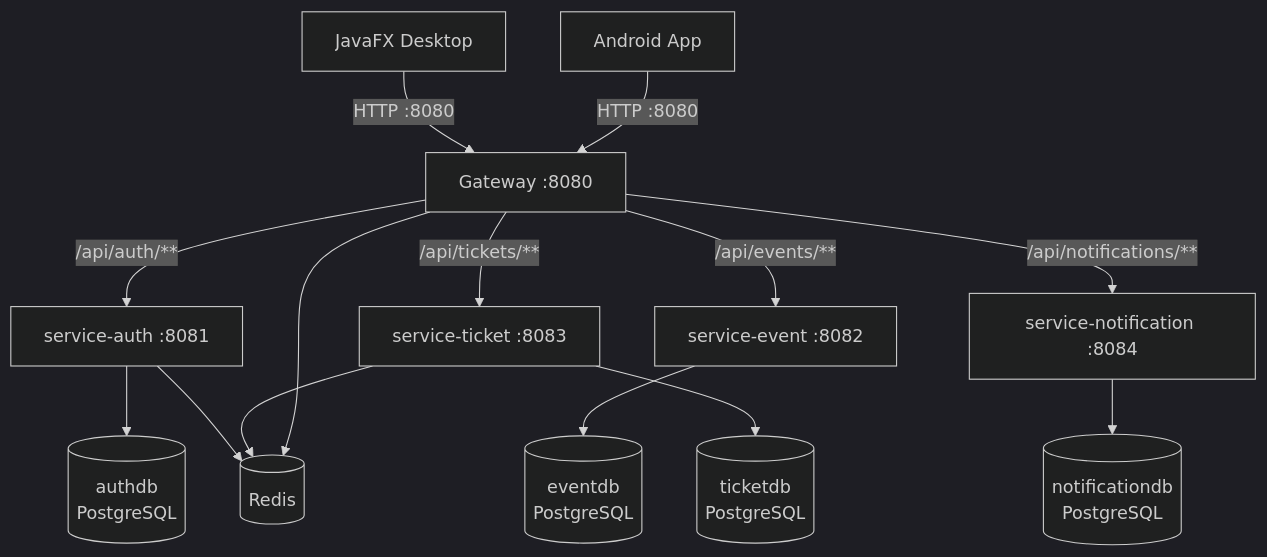
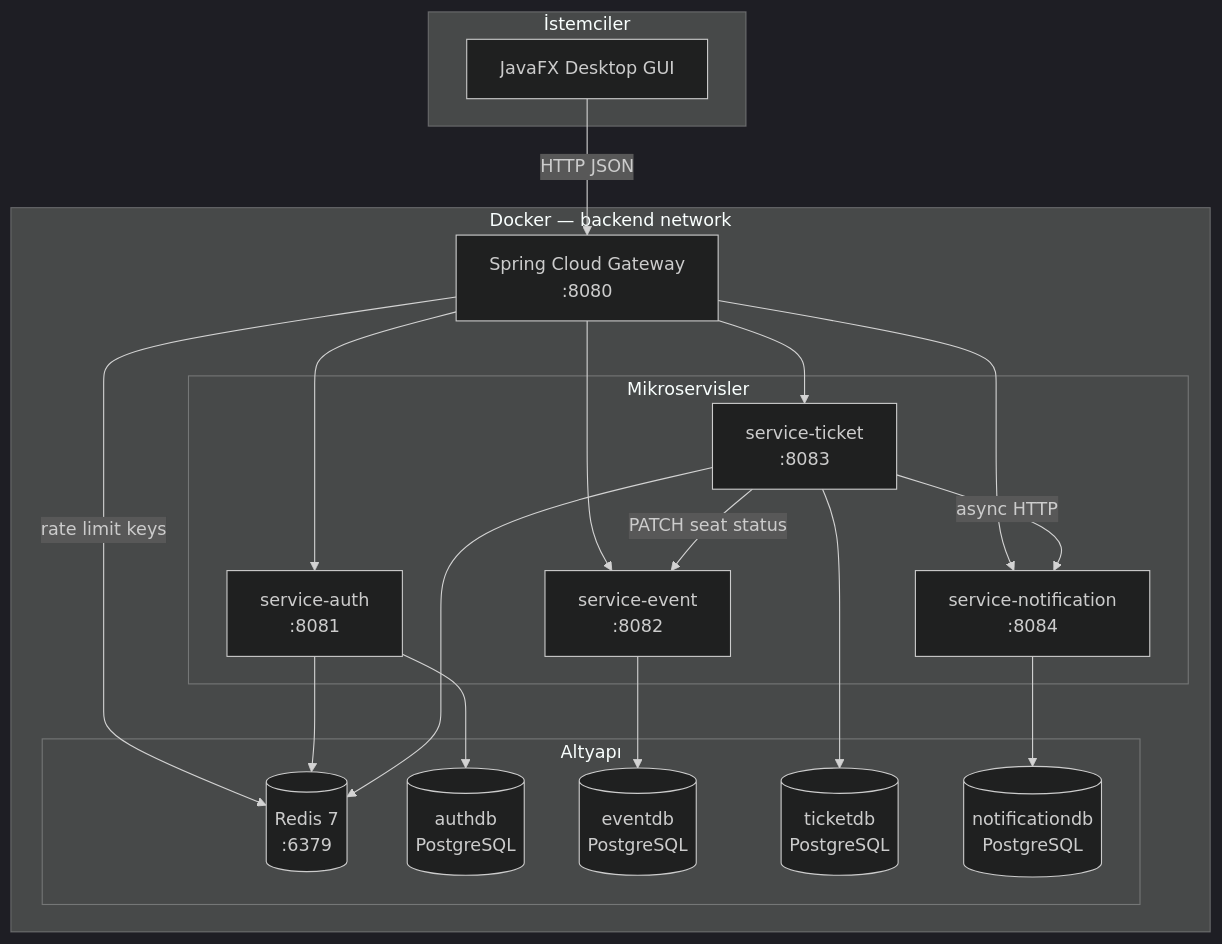
The first of 4 diagrams in README.md (Sayicon/ileri_java_final), drawn with Mermaid (dark theme) before and after one commit. The commit also changed other lines of this file, not shown here.

````diff
--- a/README.md
+++ b/README.md
@@ -20,16 +74,40 @@
 ```mermaid
 graph TD
-    A[JavaFX Desktop] -->|HTTP :8080| G[Gateway :8080]
-    B[Android App] -->|HTTP :8080| G
-    G -->|/api/auth/**| S1[service-auth :8081]
-    G -->|/api/events/**| S2[service-event :8082]
-    G -->|/api/tickets/**| S3[service-ticket :8083]
-    G -->|/api/notifications/**| S4[service-notification :8084]
-    S1 --> DB1[(authdb\nPostgreSQL)]
-    S1 --> R[(Redis)]
-    S2 --> DB2[(eventdb\nPostgreSQL)]
-    S3 --> DB3[(ticketdb\nPostgreSQL)]
-    S3 --> R
-    S4 --> DB4[(notificationdb\nPostgreSQL)]
-    G --> R
+    subgraph clients["İstemciler"]
+        FX[JavaFX Desktop GUI]
+    end
+
+    subgraph docker["Docker — backend network"]
+        GW[Spring Cloud Gateway\n:8080]
+
+        subgraph services["Mikroservisler"]
+            AUTH[service-auth\n:8081]
+            EVENT[service-event\n:8082]
+            TICKET[service-ticket\n:8083]
+            NOTIF[service-notification\n:8084]
+        end
+
+        subgraph infra["Altyapı"]
+            REDIS[(Redis 7\n:6379)]
+            PGA[(authdb\nPostgreSQL)]
+            PGE[(eventdb\nPostgreSQL)]
+            PGT[(ticketdb\nPostgreSQL)]
+            PGN[(notificationdb\nPostgreSQL)]
+        end
+    end
+
+    FX -->|HTTP JSON| GW
+    GW --> AUTH
+    GW --> EVENT
+    GW --> TICKET
+    GW --> NOTIF
+    GW -->|rate limit keys| REDIS
+    AUTH --> PGA
+    AUTH --> REDIS
+    EVENT --> PGE
+    TICKET --> PGT
+    TICKET --> REDIS
+    TICKET -->|async HTTP| NOTIF
+    TICKET -->|PATCH seat status| EVENT
+    NOTIF --> PGN
 ```
````
